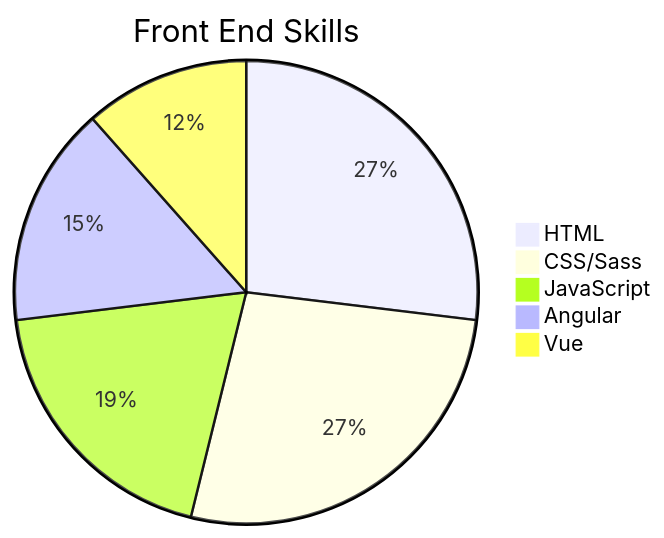
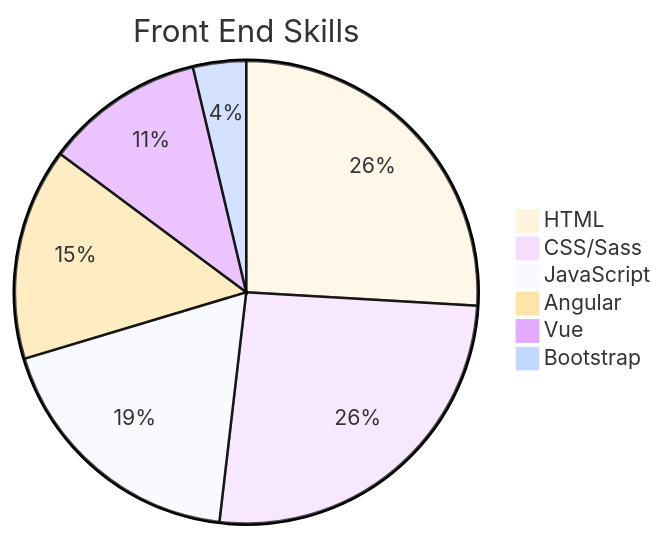
The third of 3 diagrams in README.md (Yelose/Yelose), drawn with Mermaid before and after one commit. The commit also changed other lines of this file, not shown here.

````diff
--- a/README.md
+++ b/README.md
@@ -36,9 +37,11 @@
 ```mermaid
+%%{init: {'theme':'base'}}%%
 pie 
     title Front End Skills
     "HTML" : 7
     "CSS/Sass" : 7
     "JavaScript" : 5
     "Angular" :  4
     "Vue" : 3
+    "Bootstrap" : 1
 ```
````
